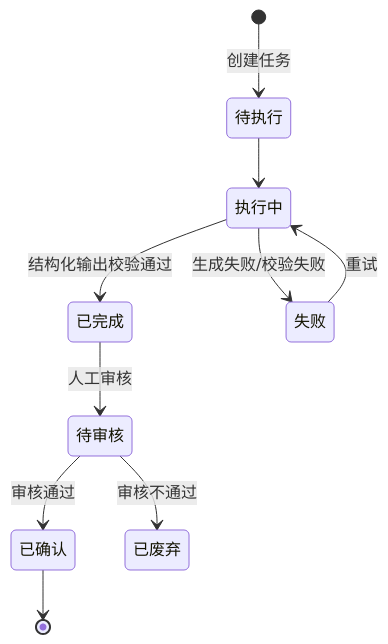
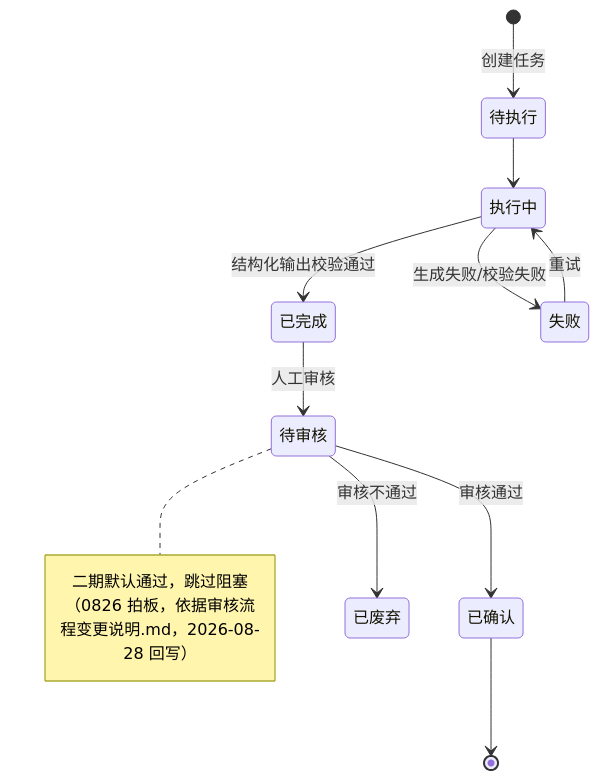
One commit to lophyJessica/forge-scrm changed the fourth of 4 diagrams in context/04-业务规则与状态机.md. Above: the diagram before and after it, drawn with Mermaid. The commit also changed other lines of this file and 3 other files, not shown here.

````diff
--- a/context/04-业务规则与状态机.md
+++ b/context/04-业务规则与状态机.md
@@ -71,12 +73,13 @@
 ```mermaid
 stateDiagram-v2
     [*] --> 待执行: 创建任务
     待执行 --> 执行中
     执行中 --> 已完成: 结构化输出校验通过
     执行中 --> 失败: 生成失败/校验失败
     失败 --> 执行中: 重试
     已完成 --> 待审核: 人工审核
     待审核 --> 已确认: 审核通过
     待审核 --> 已废弃: 审核不通过
+    note right of 待审核: 二期默认通过，跳过阻塞（0826 拍板，依据审核流程变更说明.md，2026-08-28 回写）
     已确认 --> [*]
 ```
````
